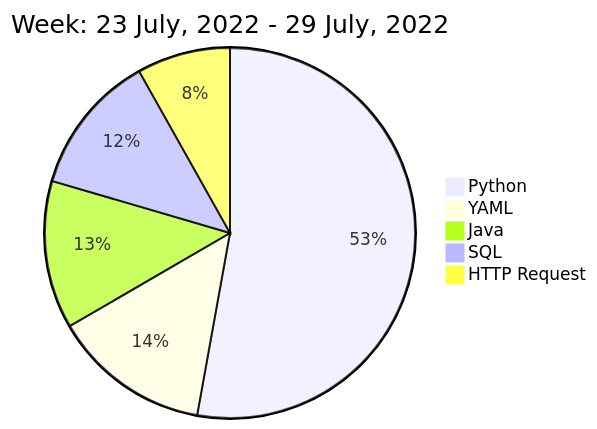
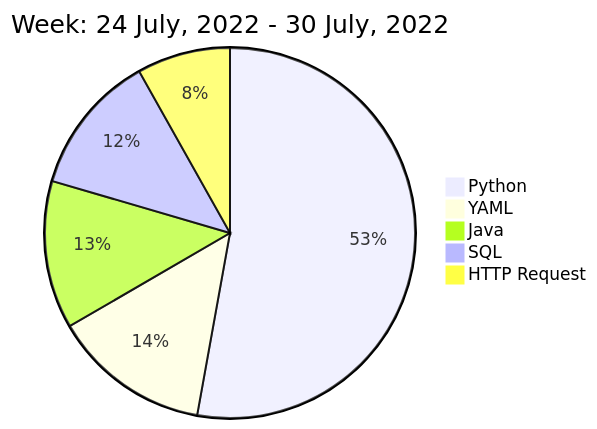
Before and after one commit to liubin95/liubin95: the diagram in README.md, drawn with Mermaid.

Commit message:
Updated the Graph with new Metrics

````diff
--- a/README.md
+++ b/README.md
@@ -40,9 +40,9 @@
 ```mermaid
  pie
-title Week: 23 July, 2022 - 29 July, 2022
+title Week: 24 July, 2022 - 30 July, 2022
  "Python" : 12.0
  "YAML" : 3.13
  "Java" : 2.93
  "SQL" : 2.8
  "HTTP Request" : 1.85
 ```
````
